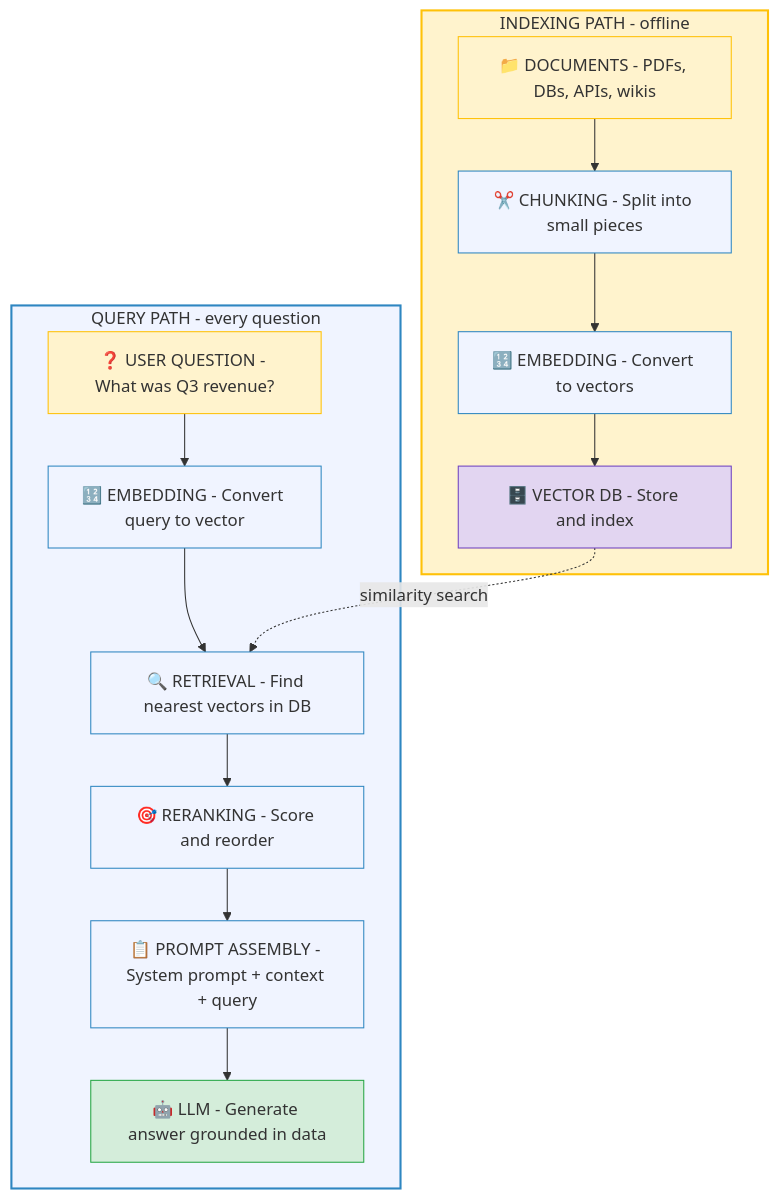
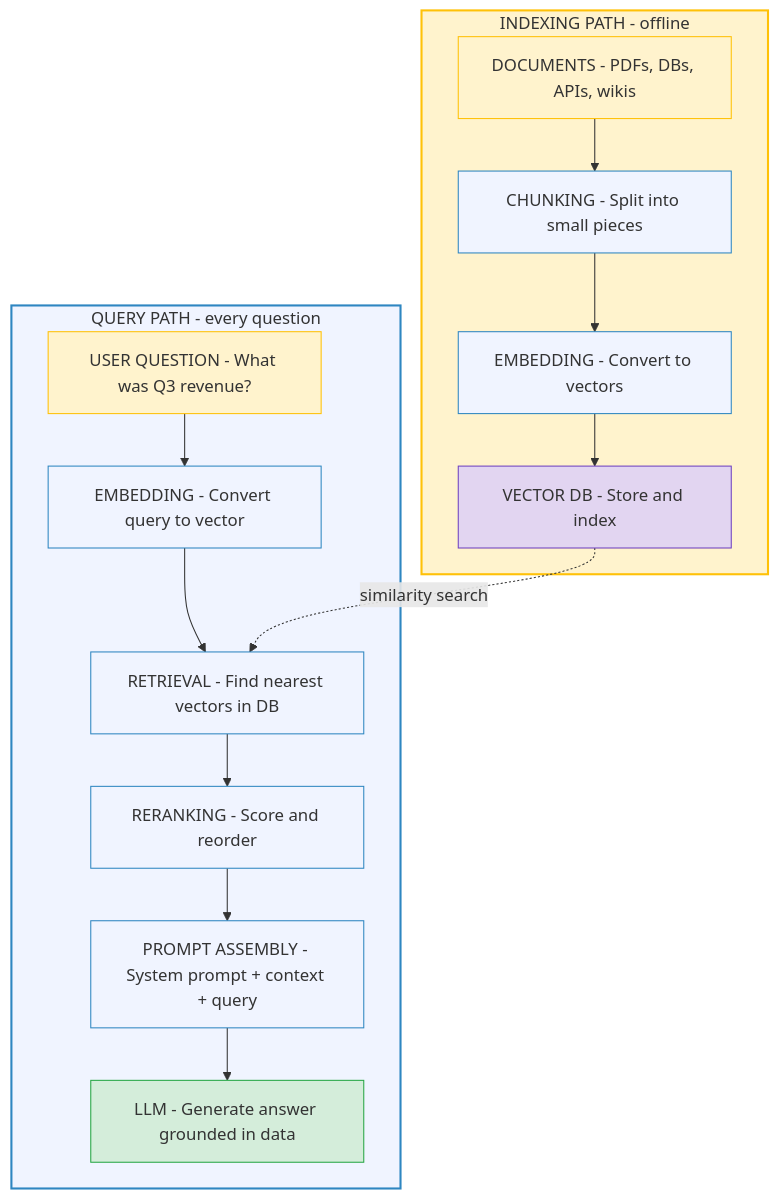
Before and after one commit to ithinktavo/GenAI-Engineering-Handbook: the first of 10 diagrams in docs/04-rag-deep-dive.md, drawn with Mermaid. The commit also changed other lines of this file and 10 other files, not shown here.

Commit message:
Diagram updates

````diff
--- a/docs/04-rag-deep-dive.md
+++ b/docs/04-rag-deep-dive.md
@@ -19,35 +19,35 @@
 ```mermaid
 graph TD
     subgraph INDEX["INDEXING PATH - offline"]
-        D1["📁 DOCUMENTS - PDFs, DBs, APIs, wikis"]
-        D2["✂️ CHUNKING - Split into small pieces"]
-        D3["🔢 EMBEDDING - Convert to vectors"]
-        D4["🗄️ VECTOR DB - Store and index"]
+        D1["DOCUMENTS - PDFs, DBs, APIs, wikis"]
+        D2["CHUNKING - Split into small pieces"]
+        D3["EMBEDDING - Convert to vectors"]
+        D4["VECTOR DB - Store and index"]
         D1 --> D2 --> D3 --> D4
     end
 
     subgraph QUERY["QUERY PATH - every question"]
-        Q1["❓ USER QUESTION - What was Q3 revenue?"]
-        Q2["🔢 EMBEDDING - Convert query to vector"]
-        Q3["🔍 RETRIEVAL - Find nearest vectors in DB"]
-        Q4["🎯 RERANKING - Score and reorder"]
-        Q5["📋 PROMPT ASSEMBLY - System prompt + context + query"]
-        Q6["🤖 LLM - Generate answer grounded in data"]
+        Q1["USER QUESTION - What was Q3 revenue?"]
+        Q2["EMBEDDING - Convert query to vector"]
+        Q3["RETRIEVAL - Find nearest vectors in DB"]
+        Q4["RERANKING - Score and reorder"]
+        Q5["PROMPT ASSEMBLY - System prompt + context + query"]
+        Q6["LLM - Generate answer grounded in data"]
         Q1 --> Q2 --> Q3 --> Q4 --> Q5 --> Q6
     end
 
     D4 -.->|similarity search| Q3
 
     style INDEX fill:#fff3cd,stroke:#ffc107,stroke-width:2px
     style QUERY fill:#f0f4ff,stroke:#2E86C1,stroke-width:2px
     style D1 fill:#fff3cd,stroke:#ffc107
     style D2 fill:#f0f4ff,stroke:#2E86C1
     style D3 fill:#f0f4ff,stroke:#2E86C1
     style D4 fill:#e2d5f1,stroke:#6f42c1
     style Q1 fill:#fff3cd,stroke:#ffc107
     style Q2 fill:#f0f4ff,stroke:#2E86C1
     style Q3 fill:#f0f4ff,stroke:#2E86C1
     style Q4 fill:#f0f4ff,stroke:#2E86C1
     style Q5 fill:#f0f4ff,stroke:#2E86C1
     style Q6 fill:#d4edda,stroke:#28a745
 ```
````
